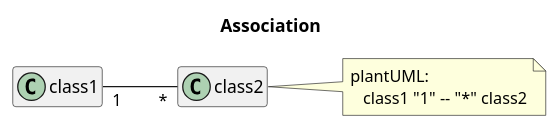
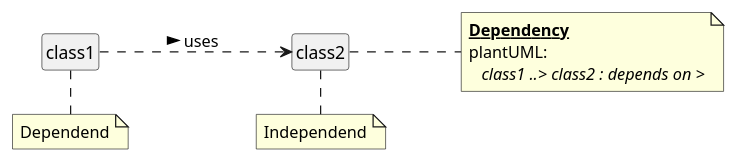
Before and after one commit to chraxo/UmlMarkdownCheatSheet: the tenth of 23 diagrams in uml_markdown_summary.md, drawn with PlantUML. The commit also changed other lines of this file, not shown here.

Commit message:
class diagram: further improvement

```diff
--- a/uml_markdown_summary.md
+++ b/uml_markdown_summary.md
@@ -242,14 +306,25 @@
 @startuml
+    skinparam classFontName Consolas
+    skinparam classAttributeFontName Consolas
+    skinparam noteFontName Consolas
+
+    hide empty members
     left to right direction
-    skinparam noteFontName Consolas
-    hide empty members
+    skinparam style strictuml
 
-    title Association
+    class1 ..> class2 : uses >
+    
+    note bottom of class1
+        Dependend
+    end note
 
-    class1 "1" -- "*" class2
+    note bottom of class2
+        Independend
+    end note
 
-    note right 
+    note right of class2
+        **__Dependency__**
         plantUML:
-           class1 "1" -- "*" class2
+           //class1 ..> class2 : depends on >//
     end note
 @enduml
```
